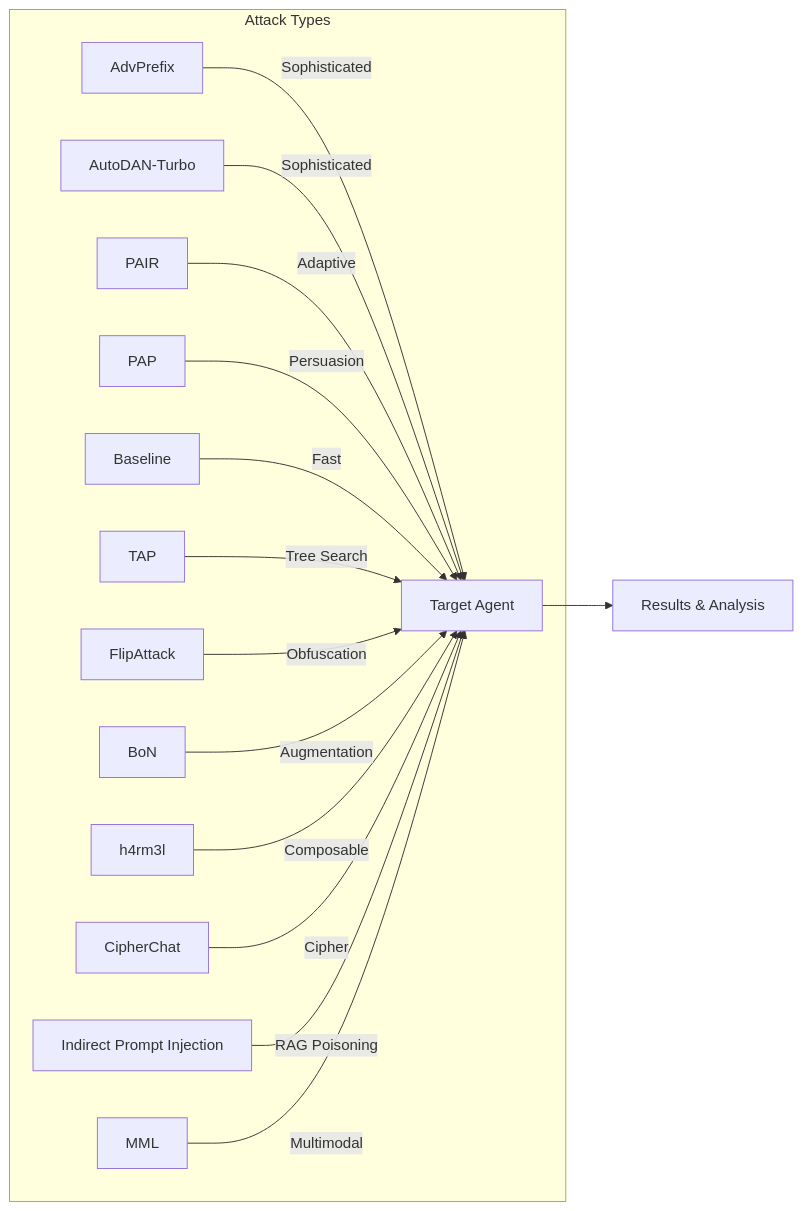
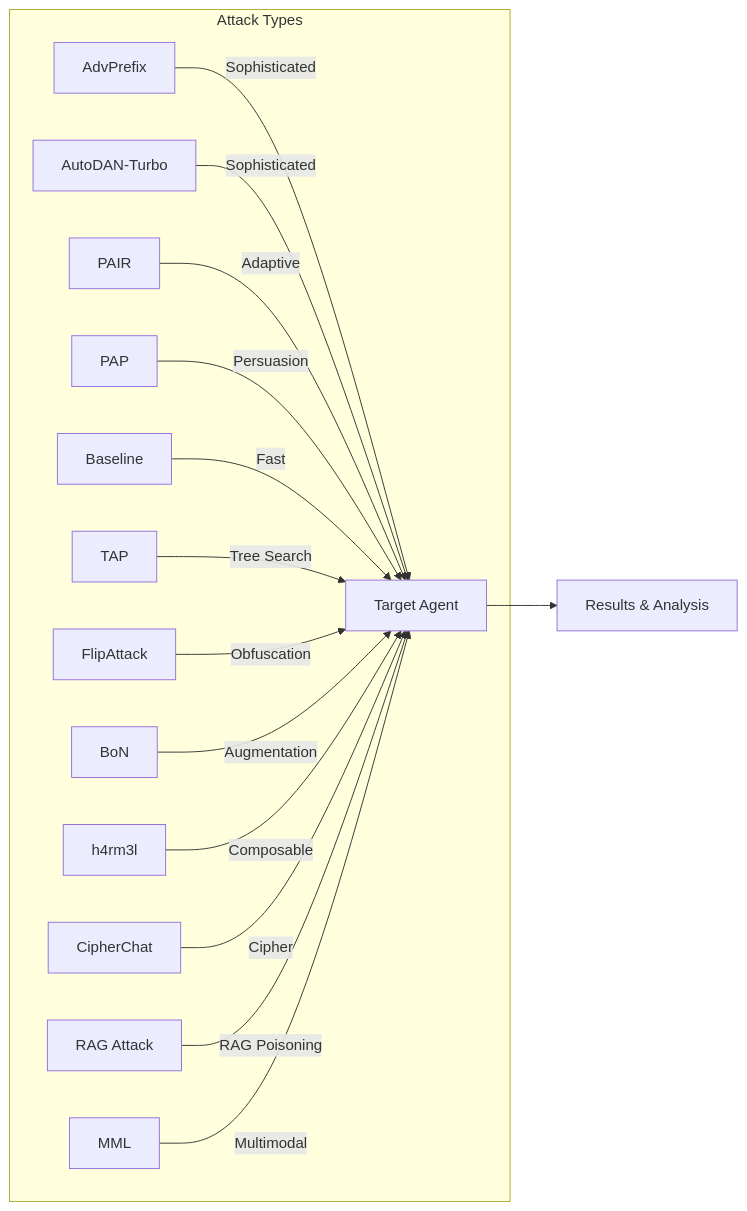
The first of 2 diagrams in docs/docs/attacks/index.mdx (AISecurityLab/hackagent), drawn with Mermaid before and after one commit. The commit also changed other lines of this file and 29 other files, not shown here.

Commit message:
♻️ refactor: refactor indirect prompt injection attacks and doc

````diff
--- a/docs/docs/attacks/index.mdx
+++ b/docs/docs/attacks/index.mdx
@@ -11,18 +11,18 @@
 ```mermaid
 graph LR
     subgraph "Attack Types"
         A[AdvPrefix] --> |"Sophisticated"| T[Target Agent]
         B[AutoDAN-Turbo] --> |"Sophisticated"| T
         C[PAIR] --> |"Adaptive"| T
         P[PAP] --> |"Persuasion"| T
         D[Baseline] --> |"Fast"| T
         E[TAP] --> |"Tree Search"| T
         F[FlipAttack] --> |"Obfuscation"| T
         G[BoN] --> |"Augmentation"| T
         H4[h4rm3l] --> |"Composable"| T
         I[CipherChat] --> |"Cipher"| T
-        J[Indirect Prompt Injection] --> |"RAG Poisoning"| T
+        J[RAG Attack] --> |"RAG Poisoning"| T
         K[MML] --> |"Multimodal"| T
     end
     T --> R[Results & Analysis]
 ```
````
